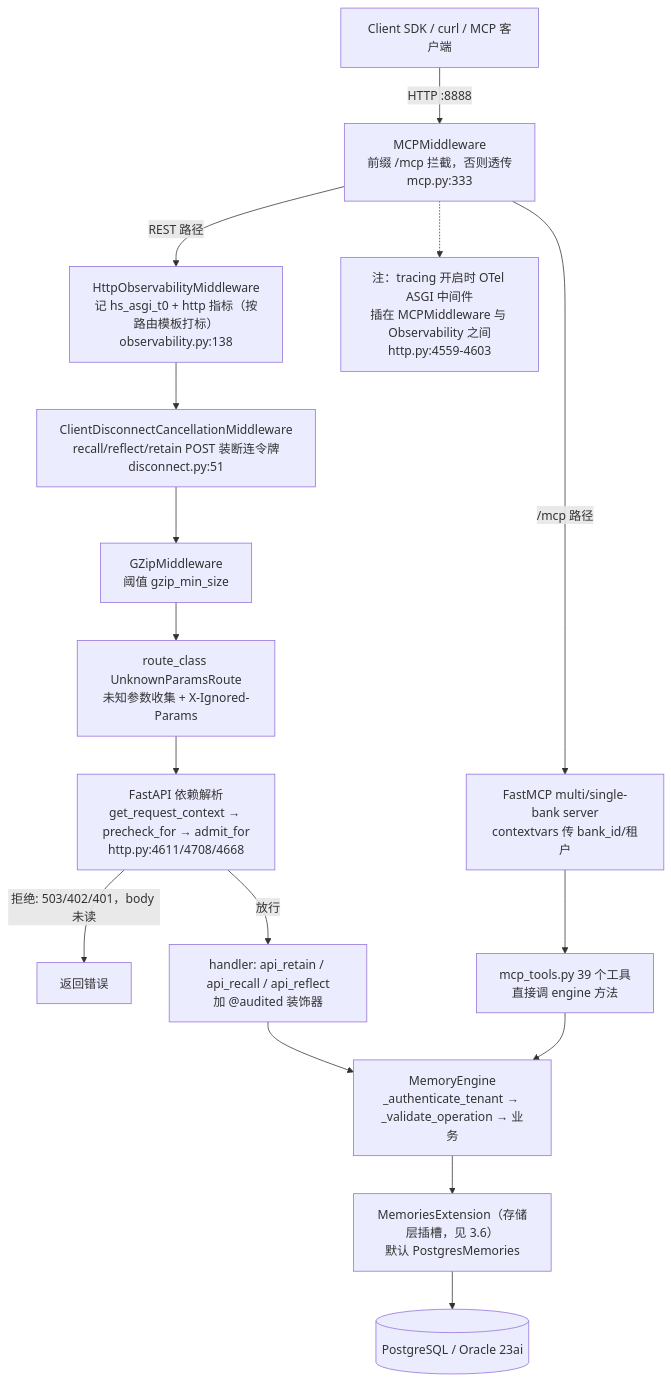
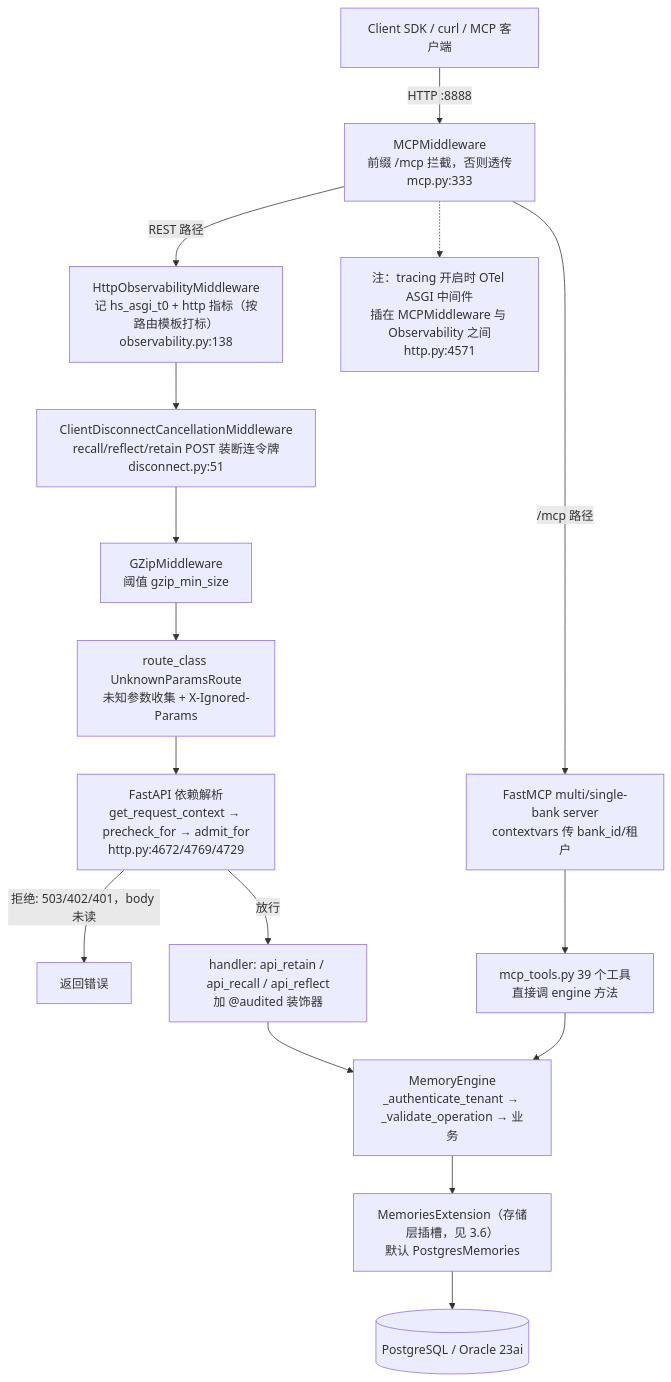
One commit to stefanv5/memory-platform-architecture changed the third of 7 diagrams in docs/hindsight/source-study/06-api-层与服务形态.md. Above: the diagram before and after it, drawn with Mermaid. The commit also changed other lines of this file and 10 other files, not shown here.

````diff
--- a/docs/hindsight/source-study/06-api-层与服务形态.md
+++ b/docs/hindsight/source-study/06-api-层与服务形态.md
@@ -272,18 +286,18 @@
 ```mermaid
 flowchart TD
     C["Client SDK / curl / MCP 客户端"] -->|"HTTP :8888"| MW1["MCPMiddleware<br/>前缀 /mcp 拦截，否则透传<br/>mcp.py:333"]
     MW1 -->|"REST 路径"| MW2["HttpObservabilityMiddleware<br/>记 hs_asgi_t0 + http 指标（按路由模板打标）<br/>observability.py:138"]
     MW2 --> MW3["ClientDisconnectCancellationMiddleware<br/>recall/reflect/retain POST 装断连令牌<br/>disconnect.py:51"]
     MW3 --> MW4["GZipMiddleware<br/>阈值 gzip_min_size"]
     MW4 --> ROUTE["route_class UnknownParamsRoute<br/>未知参数收集 + X-Ignored-Params"]
-    ROUTE --> DEP["FastAPI 依赖解析<br/>get_request_context → precheck_for → admit_for<br/>http.py:4611/4708/4668"]
+    ROUTE --> DEP["FastAPI 依赖解析<br/>get_request_context → precheck_for → admit_for<br/>http.py:4672/4769/4729"]
     DEP -->|"拒绝: 503/402/401，body 未读"| OUT["返回错误"]
     DEP -->|"放行"| HANDLER["handler: api_retain / api_recall / api_reflect<br/>加 @audited 装饰器"]
     HANDLER --> ENG["MemoryEngine<br/>_authenticate_tenant → _validate_operation → 业务"]
     ENG --> MEMO["MemoriesExtension（存储层插槽，见 3.6）<br/>默认 PostgresMemories"]
     MEMO --> DB[("PostgreSQL / Oracle 23ai")]
     MW1 -->|"/mcp 路径"| FASTMCP["FastMCP multi/single-bank server<br/>contextvars 传 bank_id/租户"]
-    MW1 -.-> OTELNOTE["注：tracing 开启时 OTel ASGI 中间件<br/>插在 MCPMiddleware 与 Observability 之间<br/>http.py:4559-4603"]
+    MW1 -.-> OTELNOTE["注：tracing 开启时 OTel ASGI 中间件<br/>插在 MCPMiddleware 与 Observability 之间<br/>http.py:4571"]
     FASTMCP --> TOOLS["mcp_tools.py 39 个工具<br/>直接调 engine 方法"]
     TOOLS --> ENG
 ```
````
